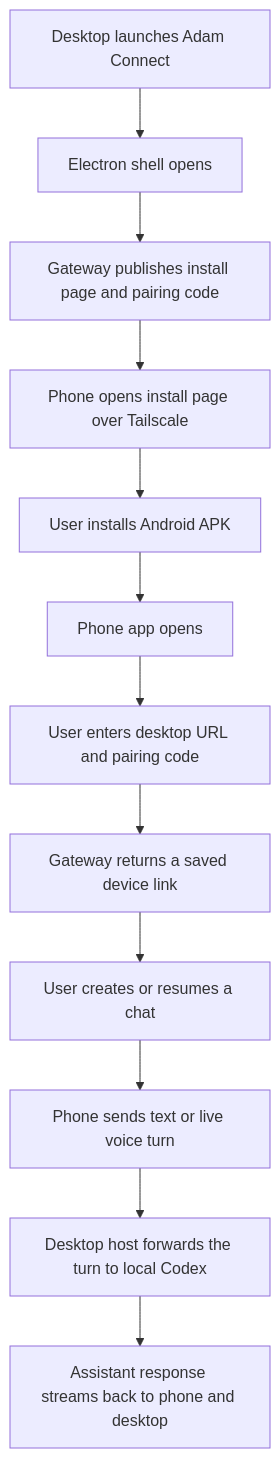
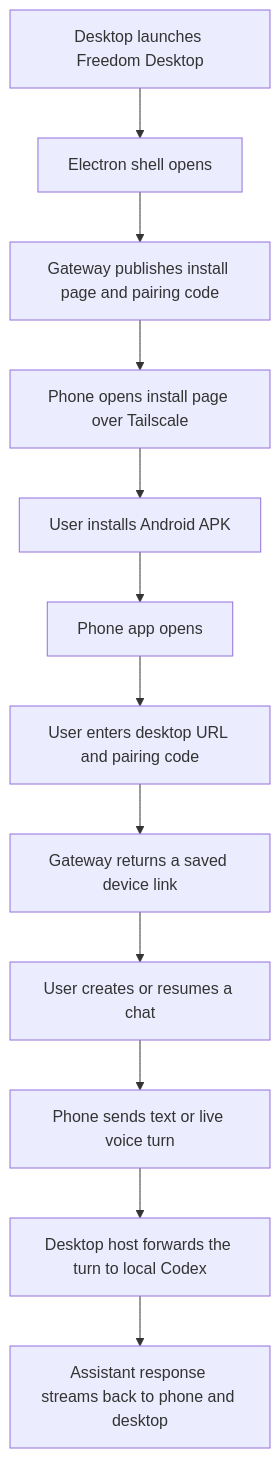
The diagram in docs/manual.md (Adamgdwn/codex_adam_connect), drawn with Mermaid before and after one commit. The commit also changed other lines of this file and 23 other files, not shown here.

````diff
--- a/docs/manual.md
+++ b/docs/manual.md
@@ -49,14 +49,14 @@
 ```mermaid
 flowchart TD
-    A[Desktop launches Adam Connect] --> B[Electron shell opens]
+    A[Desktop launches Freedom Desktop] --> B[Electron shell opens]
     B --> C[Gateway publishes install page and pairing code]
     C --> D[Phone opens install page over Tailscale]
     D --> E[User installs Android APK]
     E --> F[Phone app opens]
     F --> G[User enters desktop URL and pairing code]
     G --> H[Gateway returns a saved device link]
     H --> I[User creates or resumes a chat]
     I --> J[Phone sends text or live voice turn]
     J --> K[Desktop host forwards the turn to local Codex]
     K --> L[Assistant response streams back to phone and desktop]
 ```
````
